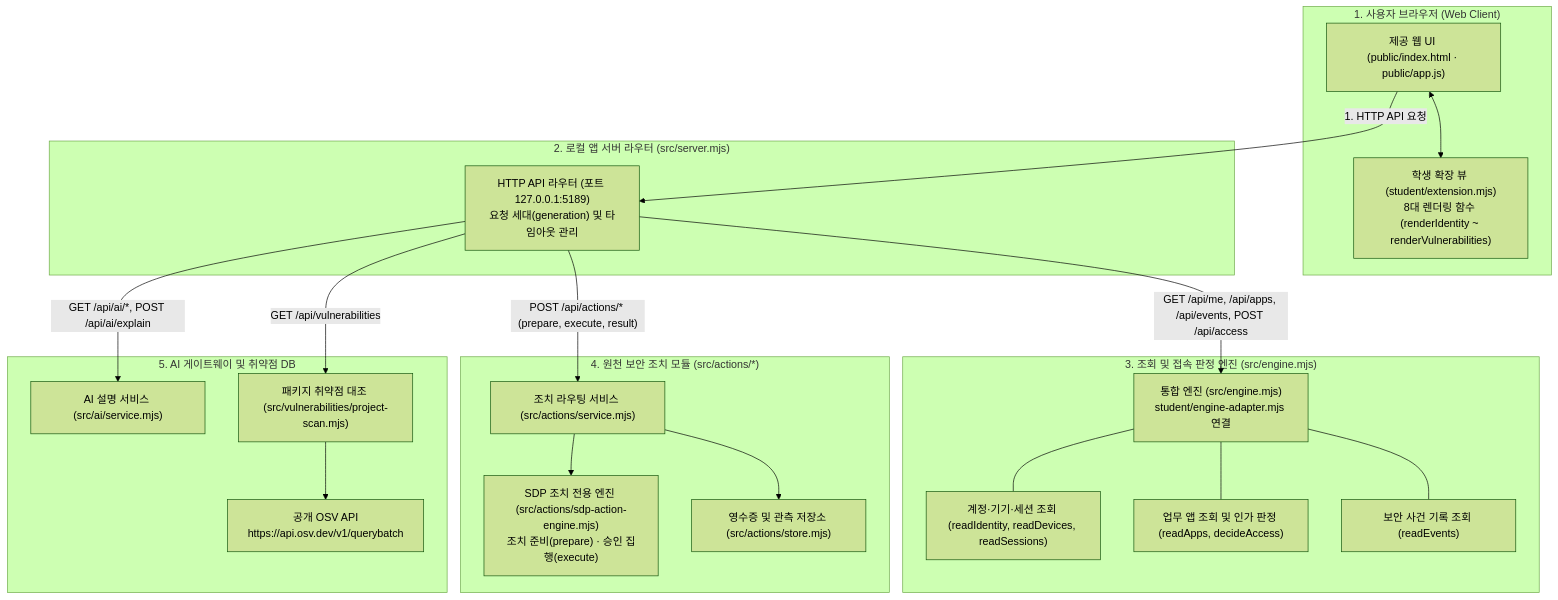
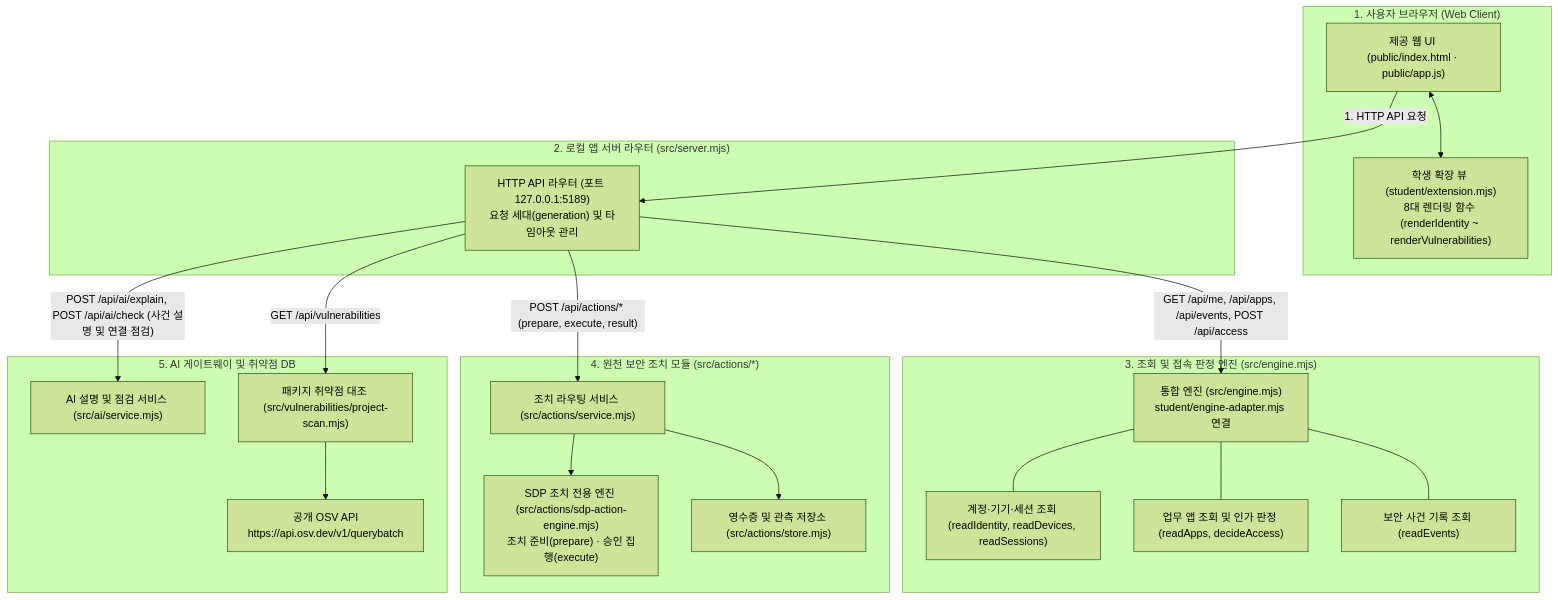
The diagram in on-client/docs/STUDENT_RUNBOOK.md (JYCHOI02/ALEPH-sec-pro), drawn with Mermaid (forest theme) before and after one commit. The commit also changed other lines of this file and 2 other files, not shown here.

Commit message:
21단계: AI API POST 방식 반영, 학생 문서 경계 및 환경·취약점 검증 범위 보강

````diff
--- a/on-client/docs/STUDENT_RUNBOOK.md
+++ b/on-client/docs/STUDENT_RUNBOOK.md
@@ -134,43 +136,43 @@
 ```mermaid
 graph TD
     subgraph Browser ["1. 사용자 브라우저 (Web Client)"]
         UI["제공 웹 UI (public/index.html · public/app.js)"]
         StudentView["학생 확장 뷰 (student/extension.mjs)<br/>8대 렌더링 함수 (renderIdentity ~ renderVulnerabilities)"]
         UI <--> StudentView
     end
 
     subgraph ServerRouter ["2. 로컬 앱 서버 라우터 (src/server.mjs)"]
         HTTP["HTTP API 라우터 (포트 127.0.0.1:5189)<br/>요청 세대(generation) 및 타임아웃 관리"]
     end
 
     subgraph CoreEngine ["3. 조회 및 접속 판정 엔진 (src/engine.mjs)"]
         EngineModule["통합 엔진 (src/engine.mjs)<br/>student/engine-adapter.mjs 연결"]
         IdentityHandler["계정·기기·세션 조회 (readIdentity, readDevices, readSessions)"]
         AccessHandler["업무 앱 조회 및 인가 판정 (readApps, decideAccess)"]
         EventsHandler["보안 사건 기록 조회 (readEvents)"]
         EngineModule --- IdentityHandler
         EngineModule --- AccessHandler
         EngineModule --- EventsHandler
     end
 
     subgraph ActionModule ["4. 원천 보안 조치 모듈 (src/actions/*)"]
         ActionService["조치 라우팅 서비스 (src/actions/service.mjs)"]
         ActionEngine["SDP 조치 전용 엔진 (src/actions/sdp-action-engine.mjs)<br/>조치 준비(prepare) · 승인 집행(execute)"]
         ActionStore["영수증 및 관측 저장소 (src/actions/store.mjs)"]
         ActionService --> ActionEngine
         ActionService --> ActionStore
     end
 
     subgraph ExternalServices ["5. AI 게이트웨이 및 취약점 DB"]
-        AIService["AI 설명 서비스 (src/ai/service.mjs)"]
+        AIService["AI 설명 및 점검 서비스 (src/ai/service.mjs)"]
         OSVScanner["패키지 취약점 대조 (src/vulnerabilities/project-scan.mjs)"]
         OSVAPI["공개 OSV API<br/>https://api.osv.dev/v1/querybatch"]
         OSVScanner --> OSVAPI
     end
 
     UI -- "1. HTTP API 요청" --> HTTP
     HTTP -- "GET /api/me, /api/apps, /api/events, POST /api/access" --> EngineModule
     HTTP -- "POST /api/actions/* (prepare, execute, result)" --> ActionService
-    HTTP -- "GET /api/ai/*, POST /api/ai/explain" --> AIService
+    HTTP -- "POST /api/ai/explain, POST /api/ai/check (사건 설명 및 연결 점검)" --> AIService
     HTTP -- "GET /api/vulnerabilities" --> OSVScanner
 ```
````
